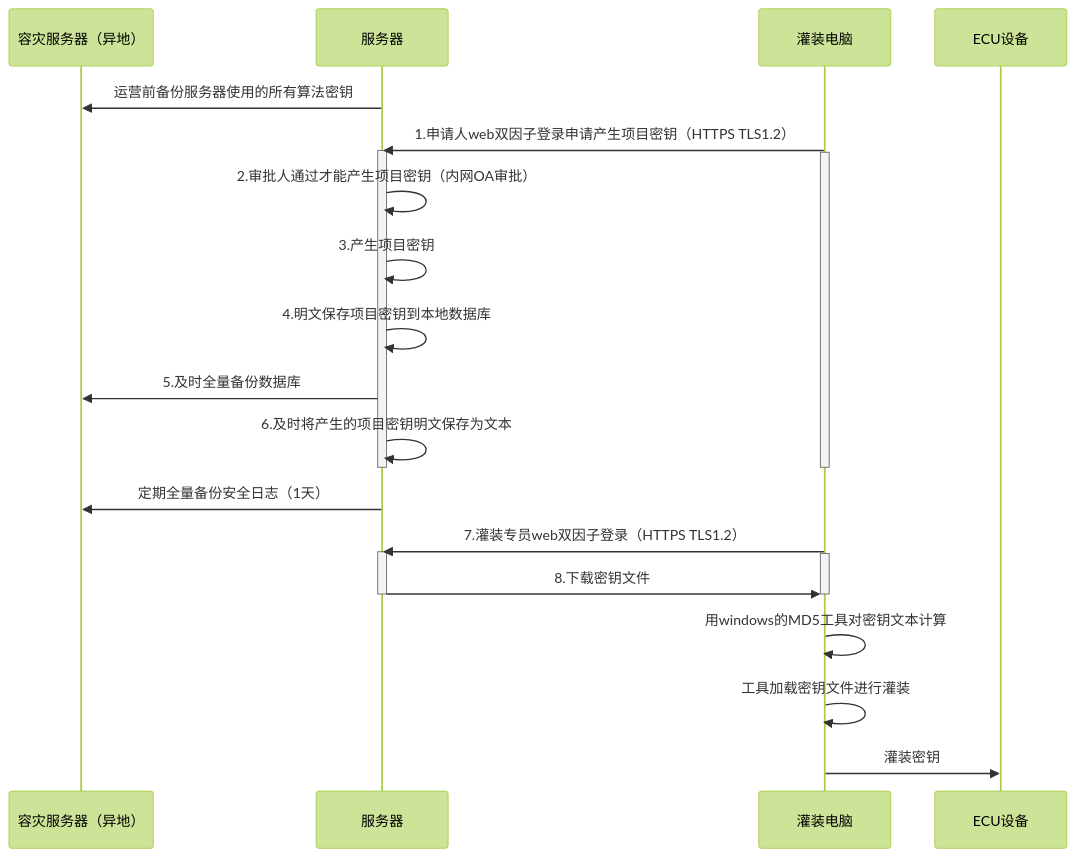
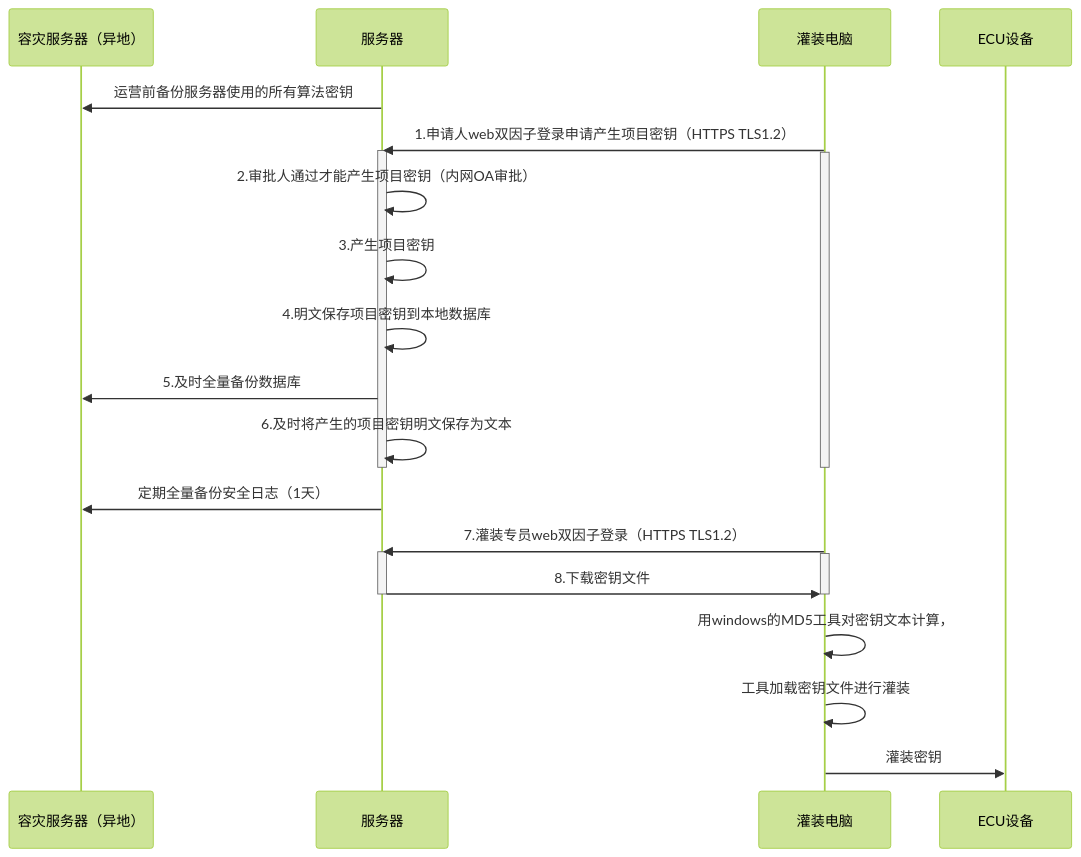
The diagram in all/未命名-17.md (facebook-cloud/iodraw-files), drawn with Mermaid (forest theme) before and after one commit.

Commit message:
2026-03-05 20:54:06 update

````diff
--- a/all/未命名-17.md
+++ b/all/未命名-17.md
@@ -1,33 +1,33 @@
 ```mermaid
 sequenceDiagram
     participant A as 容灾服务器（异地）
     participant B as 服务器
     participant D as 灌装电脑
     participant E as ECU设备
 
     B->>A: 运营前备份服务器使用的所有算法密钥
     D->>B: 1.申请人web双因子登录申请产生项目密钥（HTTPS TLS1.2）
     activate B
     activate D
     B->>B: 2.审批人通过才能产生项目密钥（内网OA审批）
     B->>B: 3.产生项目密钥
     B->>B: 4.明文保存项目密钥到本地数据库
     B->>A: 5.及时全量备份数据库
     B->>B: 6.及时将产生的项目密钥明文保存为文本
     deactivate B
     deactivate D
 
     B->>A: 定期全量备份安全日志（1天）
     
     D->>B: 7.灌装专员web双因子登录（HTTPS TLS1.2）
     activate B
     activate D
     B->>D: 8.下载密钥文件
     deactivate B
     deactivate D
 
-    D->>D:用windows的MD5工具对密钥文本计算
+    D->>D:用windows的MD5工具对密钥文本计算，
     D->>D:工具加载密钥文件进行灌装
     
     D->>E: 灌装密钥
 ```
````
